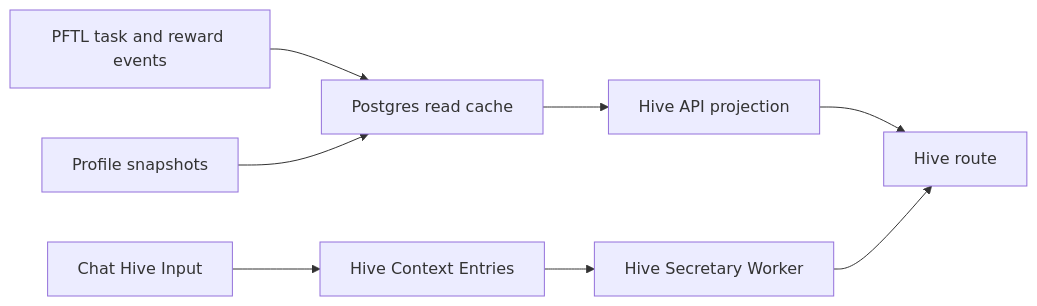
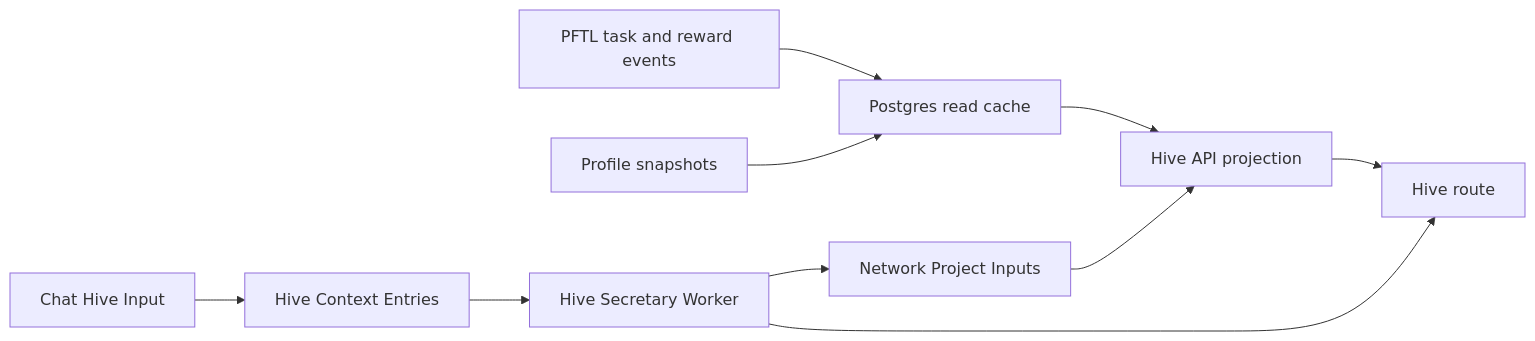
One commit to postfiatorg/tasknode changed the diagram in docs/wiki/surfaces/hive.md. Above: the diagram before and after it, drawn with Mermaid. The commit also changed other lines of this file and 9 other files, not shown here.

Commit message:
Back Hive projects with Postgres

````diff
--- a/docs/wiki/surfaces/hive.md
+++ b/docs/wiki/surfaces/hive.md
@@ -88,10 +90,12 @@
 ```mermaid
 flowchart LR
   PFTL[PFTL task and reward events] --> Cache[Postgres read cache]
   Profiles[Profile snapshots] --> Cache
   Cache --> HiveAPI[Hive API projection]
   HiveAPI --> HiveUI[Hive route]
   HiveInput[Chat Hive Input] --> HiveContext[Hive Context Entries]
   HiveContext --> Secretary[Hive Secretary Worker]
+  Secretary --> Projects[Network Project Inputs]
+  Projects --> HiveAPI
   Secretary --> HiveUI
 ```
````
